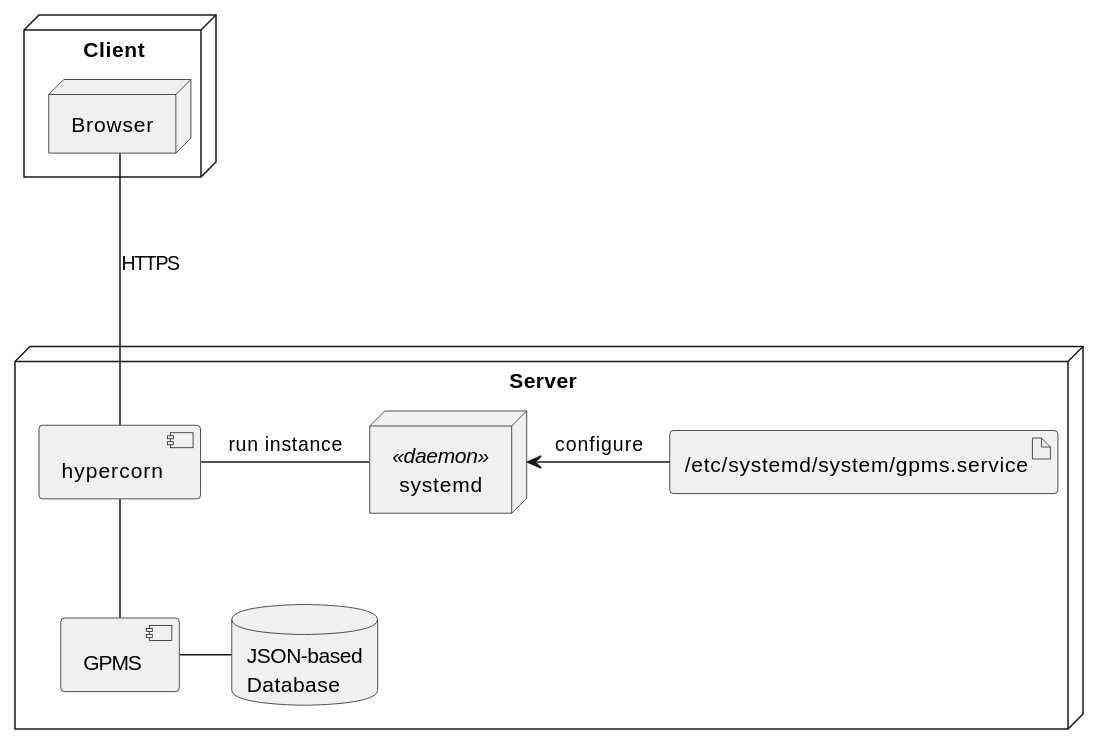
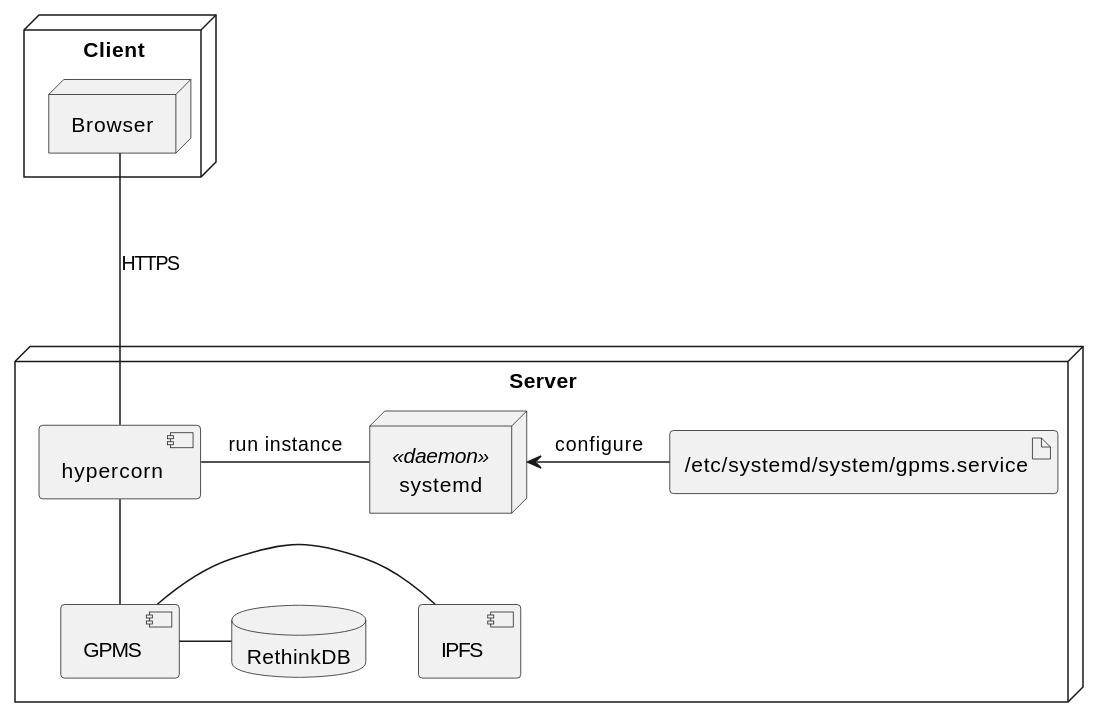
The first of 2 diagrams in docs/source/solution/distribution.rst (Huy-Ngo/acanban), drawn with PlantUML before and after one commit. The commit also changed other lines of this file and 1 other file, not shown here.

First line of the commit message:
Update deployment instruction and diagrams

```diff
--- a/docs/source/solution/distribution.rst
+++ b/docs/source/solution/distribution.rst
@@ -7,19 +7,21 @@
 .. uml::
 
    node Client {
       node Browser
    }
 
    node Server {
-      database "JSON-based\nDatabase" as db
+      database "RethinkDB" as db
       artifact "/etc/systemd/system/gpms.service" as systemd_conf
       component GPMS as gpms
       component hypercorn
       node systemd <<daemon>>
+      component IPFS
    }
 
    Browser --- hypercorn: HTTPS
    hypercorn - systemd: run instance
    systemd <- systemd_conf: configure
    hypercorn -- gpms
+   gpms - IPFS
    gpms - db
```
